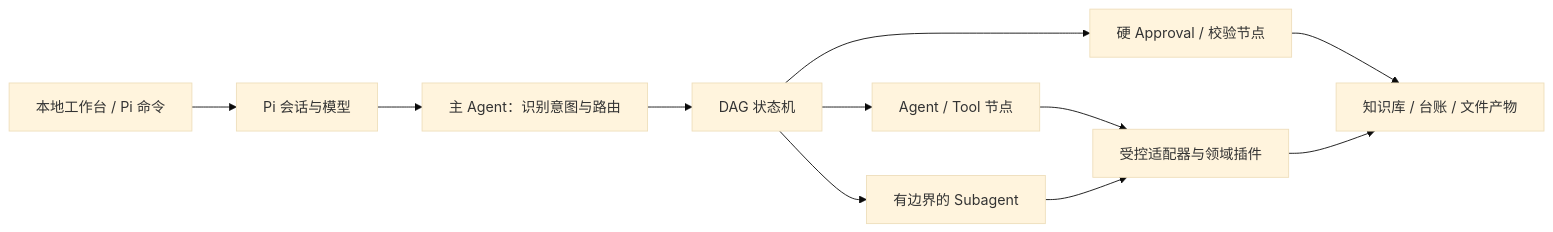
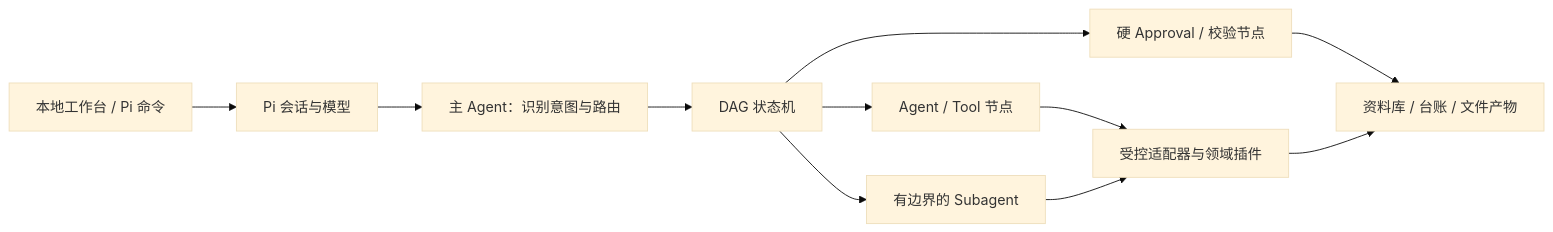
The diagram in README.md (WH2020/WorkFlow_Market), drawn with Mermaid (base theme) before and after one commit. The commit also changed other lines of this file and 45 other files, not shown here.

````diff
--- a/README.md
+++ b/README.md
@@ -13,13 +13,13 @@
 ```mermaid
 flowchart LR
     U[本地工作台 / Pi 命令] --> PI[Pi 会话与模型]
     PI --> A[主 Agent：识别意图与路由]
     A --> D[DAG 状态机]
     D --> N1[Agent / Tool 节点]
     D --> N2[有边界的 Subagent]
     D --> N3[硬 Approval / 校验节点]
     N1 --> P[受控适配器与领域插件]
     N2 --> P
-    N3 --> K[知识库 / 台账 / 文件产物]
+    N3 --> K[资料库 / 台账 / 文件产物]
     P --> K
 ```
````
